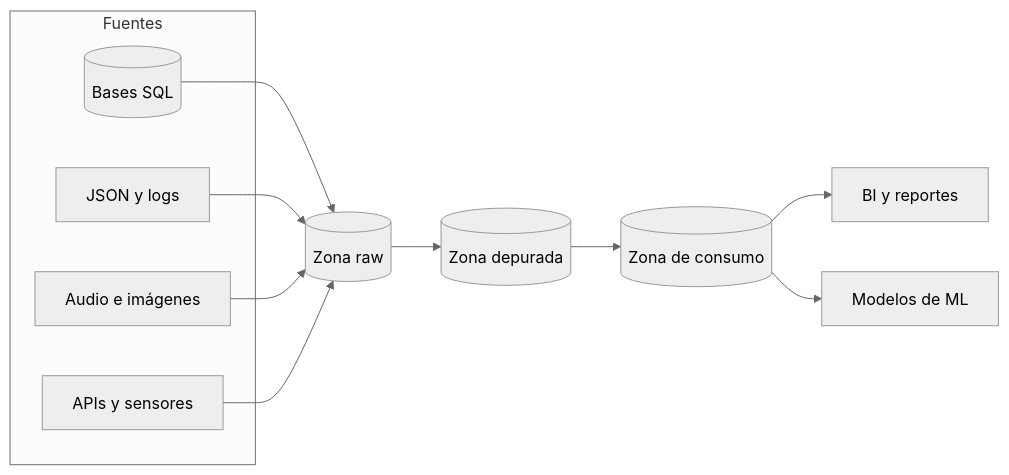
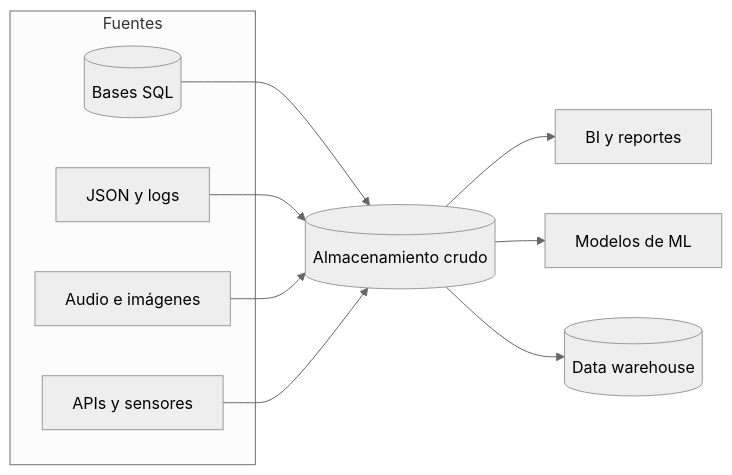
The fifth of 7 diagrams in src/content/docs/bbdd-aplicadas/unidad-4/teoria/datos-data-lake-kdd.md (unlam-informatica/unlam-informatica.github.io), drawn with Mermaid (neutral theme) before and after one commit. The commit also changed other lines of this file and 100 other files, not shown here.

````diff
--- a/src/content/docs/bbdd-aplicadas/unidad-4/teoria/datos-data-lake-kdd.md
+++ b/src/content/docs/bbdd-aplicadas/unidad-4/teoria/datos-data-lake-kdd.md
@@ -71,17 +234,16 @@
 ```mermaid
 flowchart LR
     subgraph Fuentes
       DB[(Bases SQL)]
       JS[JSON y logs]
       AV[Audio e imágenes]
       API[APIs y sensores]
     end
-    DB --> RAW[(Zona raw)]
+    DB --> RAW[(Almacenamiento crudo)]
     JS --> RAW
     AV --> RAW
     API --> RAW
-    RAW --> CUR[(Zona depurada)]
-    CUR --> CON[(Zona de consumo)]
-    CON --> BI[BI y reportes]
-    CON --> ML[Modelos de ML]
+    RAW --> BI[BI y reportes]
+    RAW --> ML[Modelos de ML]
+    RAW --> W[(Data warehouse)]
 ```
````
